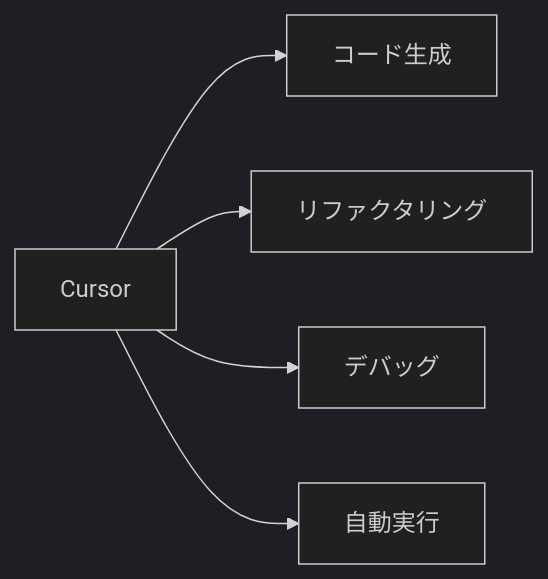
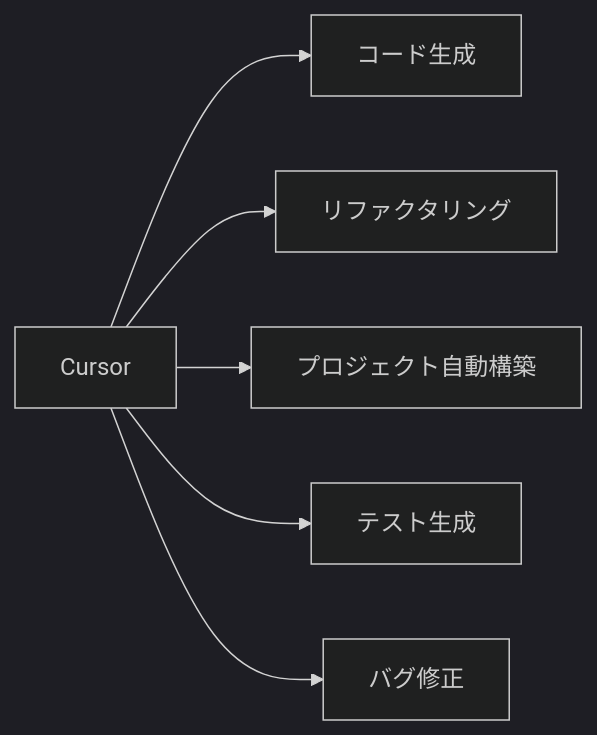
One commit to shoya-sue/zenn-note changed the diagram in articles/fbb005f6ac6bcf.md. Above: the diagram before and after it, drawn with Mermaid (dark theme). The commit also changed other lines of this file and 8 other files, not shown here.

````diff
--- a/articles/fbb005f6ac6bcf.md
+++ b/articles/fbb005f6ac6bcf.md
@@ -17,7 +17,8 @@
 ```mermaid
 graph LR
     A[Cursor] --> B[コード生成]
     A --> C[リファクタリング]
-    A --> D[デバッグ]
-    A --> E[自動実行]
+    A --> D[プロジェクト自動構築]
+    A --> E[テスト生成]
+    A --> F[バグ修正]
 ```
````
